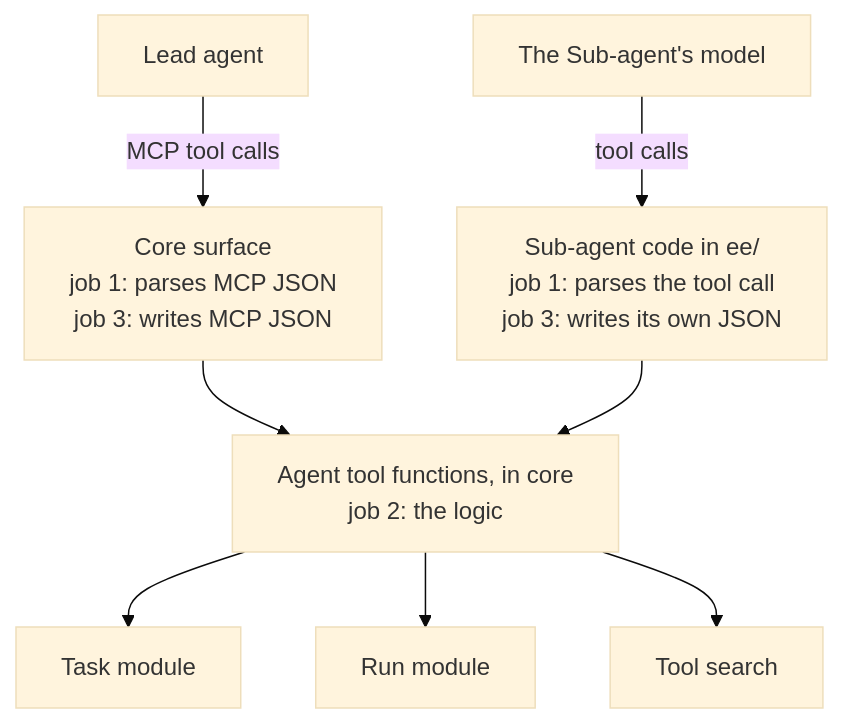
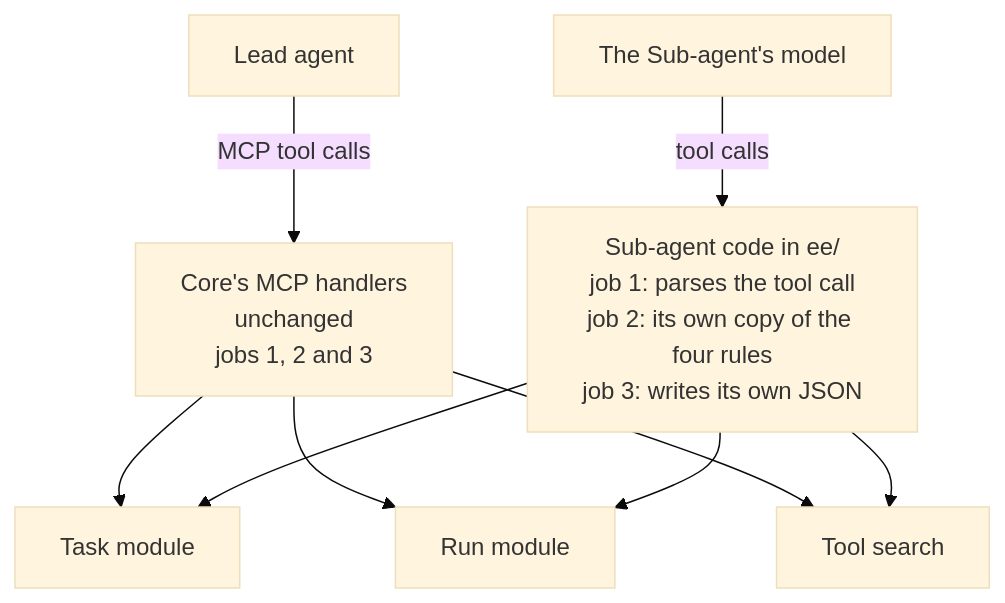
Before and after one commit to withcoral/coral: the fourth of 5 diagrams in docs/adr/0039-an-enterprise-sub-agent.md, drawn with Mermaid (base theme). The commit also changed other lines of this file, not shown here.

First line of the commit message:
docs(sub-agent): have the Sub-agent call the Task and Run modules directly

````diff
--- a/docs/adr/0039-an-enterprise-sub-agent.md
+++ b/docs/adr/0039-an-enterprise-sub-agent.md
@@ -150,15 +153,15 @@
 ```mermaid
 flowchart TD
     lead["Lead agent"]
     model["The Sub-agent's model"]
-    coresurface["Core surface<br/>job 1: parses MCP JSON<br/>job 3: writes MCP JSON"]
-    subagent["Sub-agent code in ee/<br/>job 1: parses the tool call<br/>job 3: writes its own JSON"]
-    ai["Agent tool functions, in core<br/>job 2: the logic"]
+    coresurface["Core's MCP handlers<br/>unchanged<br/>jobs 1, 2 and 3"]
+    subagent["Sub-agent code in ee/<br/>job 1: parses the tool call<br/>job 2: its own copy of the four rules<br/>job 3: writes its own JSON"]
     lead -- MCP tool calls --> coresurface
     model -- tool calls --> subagent
-    coresurface --> ai
-    subagent --> ai
-    ai --> task["Task module"]
-    ai --> run["Run module"]
-    ai --> search["Tool search"]
+    coresurface --> task["Task module"]
+    coresurface --> run["Run module"]
+    coresurface --> search["Tool search"]
+    subagent --> task
+    subagent --> run
+    subagent --> search
 ```
````
